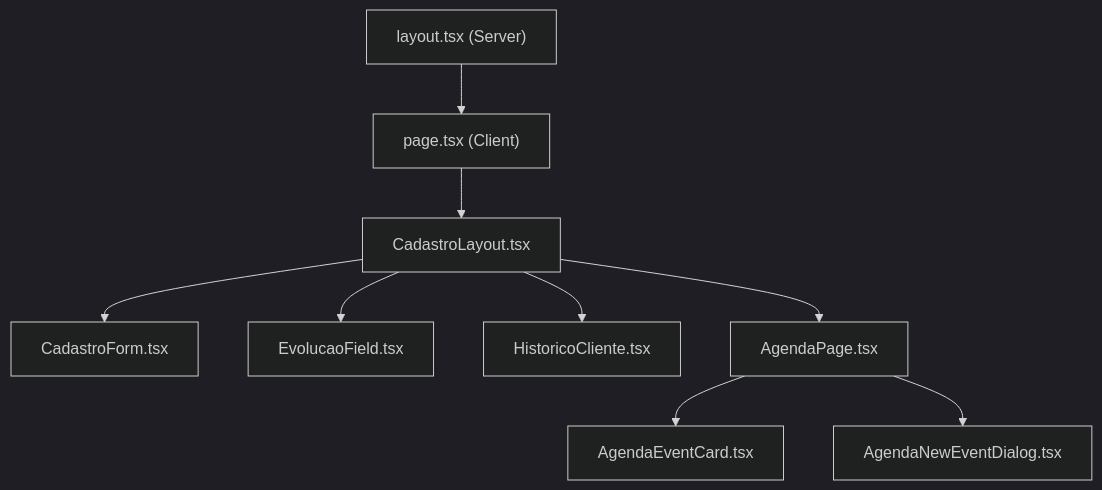
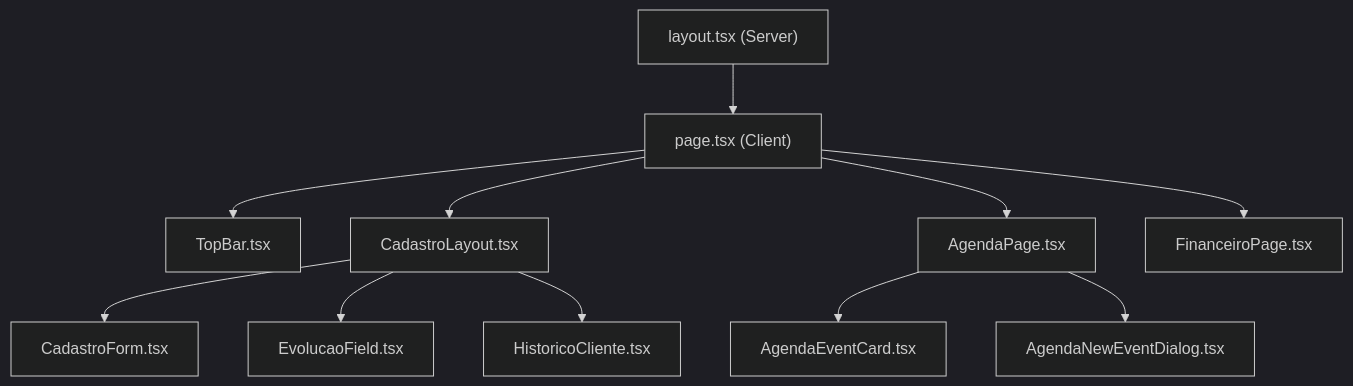
The diagram in docs/00_visao_geral.md (brandipodesta-art/Fisio), drawn with Mermaid (dark theme) before and after one commit. The commit also changed other lines of this file and 8 other files, not shown here.

````diff
--- a/docs/00_visao_geral.md
+++ b/docs/00_visao_geral.md
@@ -54,11 +56,13 @@
 ```mermaid
 graph TD
     A["layout.tsx (Server)"] --> B["page.tsx (Client)"]
+    B --> T["TopBar.tsx"]
     B --> C["CadastroLayout.tsx"]
+    B --> G["AgendaPage.tsx"]
+    B --> FP["FinanceiroPage.tsx"]
     C --> D["CadastroForm.tsx"]
     C --> E["EvolucaoField.tsx"]
     C --> F["HistoricoCliente.tsx"]
-    C --> G["AgendaPage.tsx"]
     G --> H["AgendaEventCard.tsx"]
     G --> I["AgendaNewEventDialog.tsx"]
 ```
````
